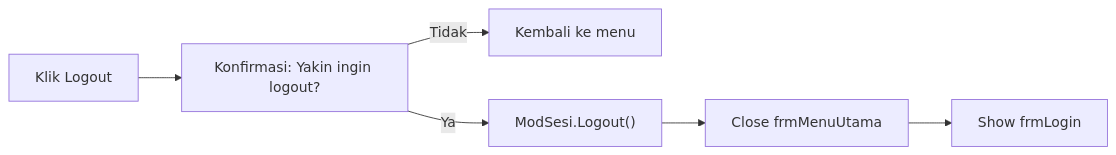
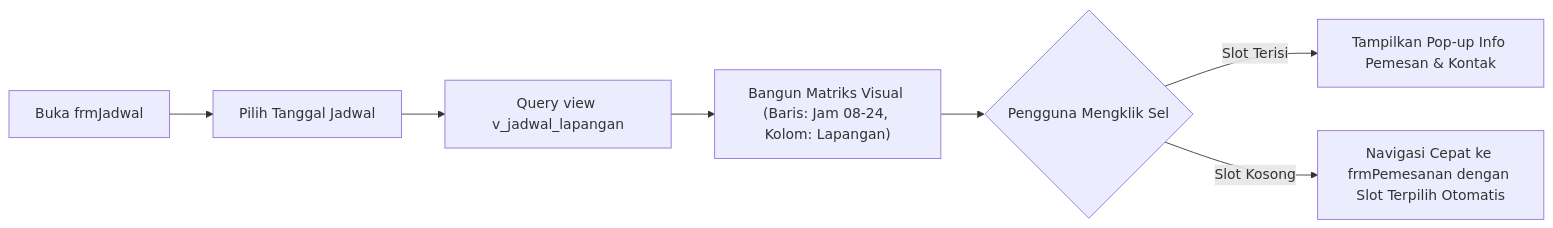
The fourth of 6 diagrams in .ai/APP-FLOW.md (Alfar0nt/SIPELA-Sistem-Informasi-Pemesanan-Arung-Futsal), drawn with Mermaid before and after one commit. The commit also changed other lines of this file and 14 other files, not shown here.

Commit message:
refac: ui/ux and app-flow

````diff
--- a/.ai/APP-FLOW.md
+++ b/.ai/APP-FLOW.md
@@ -210,8 +112,9 @@
 ```mermaid
 flowchart LR
-    A["Klik Logout"] --> B["Konfirmasi: Yakin ingin logout?"]
-    B -->|Tidak| C["Kembali ke menu"]
-    B -->|Ya| D["ModSesi.Logout()"]
-    D --> E["Close frmMenuUtama"]
-    E --> F["Show frmLogin"]
+    OpenJadwal["Buka frmJadwal"] --> PickDate["Pilih Tanggal Jadwal"]
+    PickDate --> FetchSlots["Query view v_jadwal_lapangan"]
+    FetchSlots --> BuildMatrix["Bangun Matriks Visual (Baris: Jam 08-24, Kolom: Lapangan)"]
+    BuildMatrix --> UserClick{"Pengguna Mengklik Sel"}
+    UserClick -->|Slot Terisi| ShowDetail["Tampilkan Pop-up Info Pemesan & Kontak"]
+    UserClick -->|Slot Kosong| QuickBooking["Navigasi Cepat ke frmPemesanan dengan Slot Terpilih Otomatis"]
 ```
````
